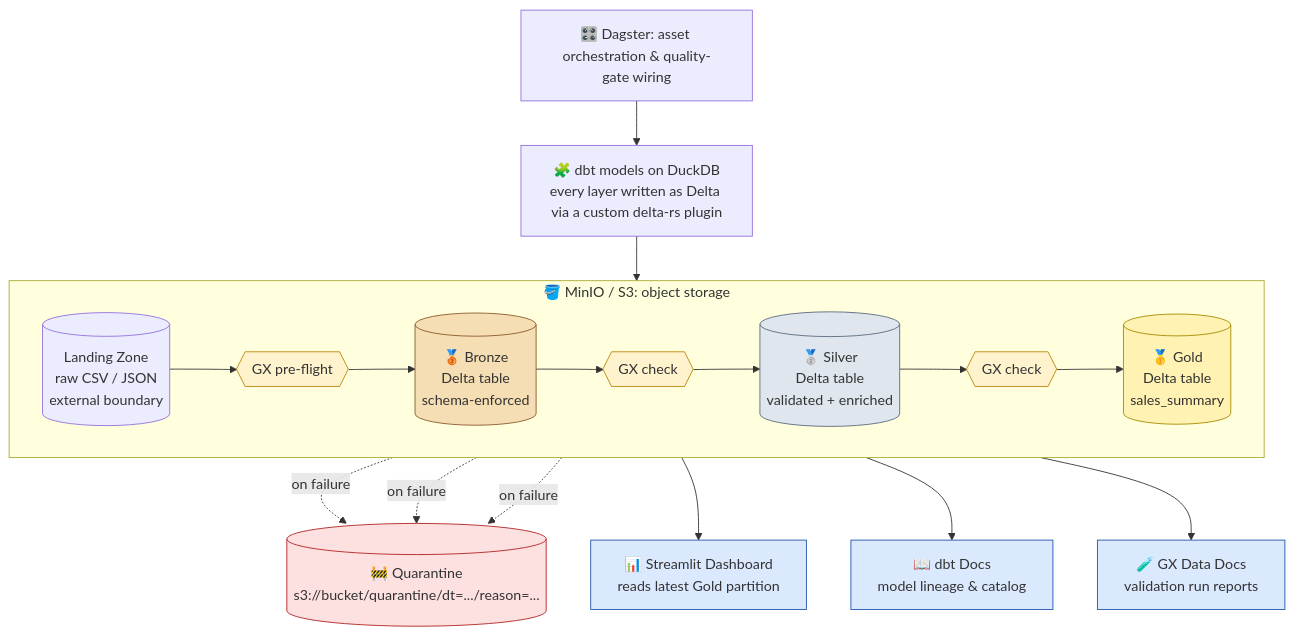
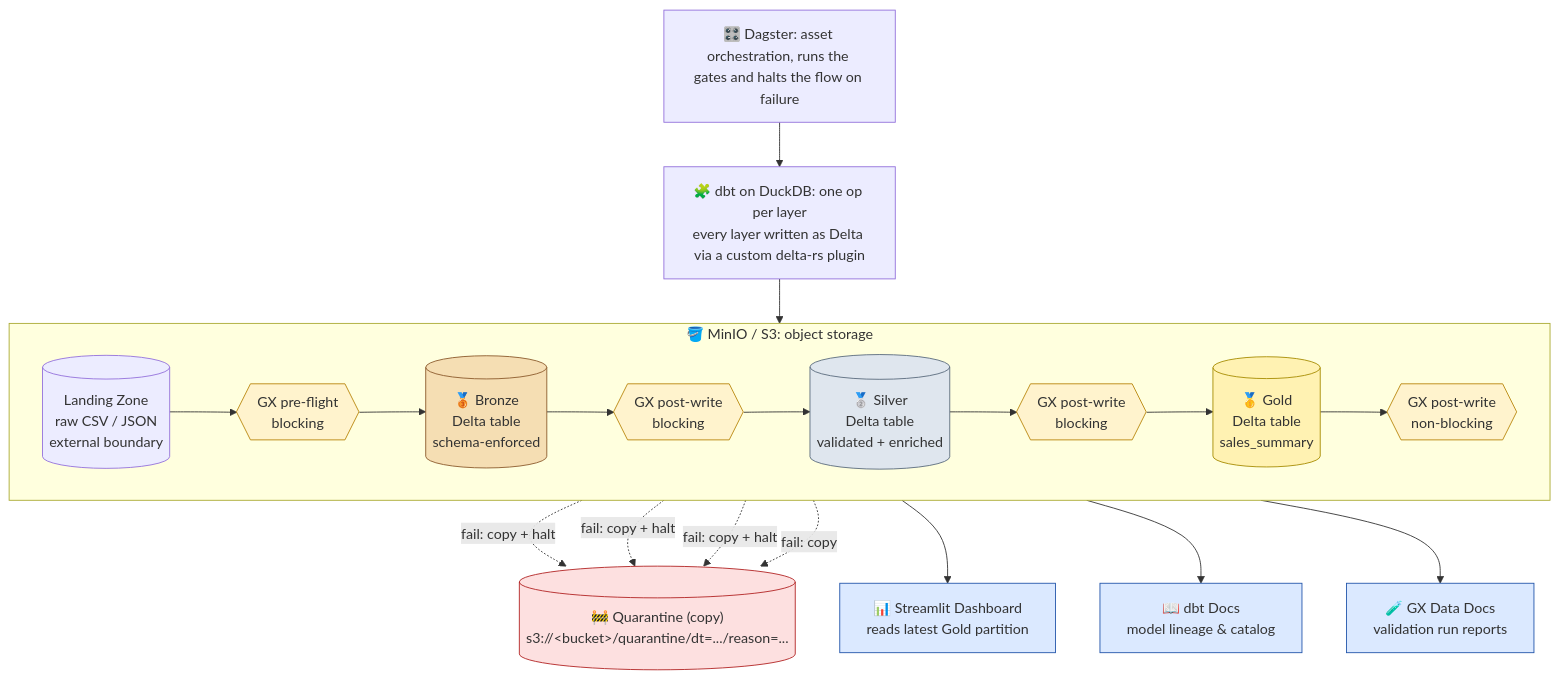
One commit to Anoterrr/PureFlow changed the diagram in README.md. Above: the diagram before and after it, drawn with Mermaid. The commit also changed other lines of this file and 31 other files, not shown here.

````diff
--- a/README.md
+++ b/README.md
@@ -139,43 +153,45 @@
 ```mermaid
 flowchart TD
-    DAGSTER["🎛️ Dagster: asset orchestration & quality-gate wiring"]
-    DBT["🧩 dbt models on DuckDB<br/>every layer written as Delta via a custom delta-rs plugin"]
+    DAGSTER["🎛️ Dagster: asset orchestration, runs the gates and halts the flow on failure"]
+    DBT["🧩 dbt on DuckDB: one op per layer<br/>every layer written as Delta via a custom delta-rs plugin"]
 
     DAGSTER --> DBT --> LAND
 
     subgraph S3["🪣 MinIO / S3: object storage"]
         direction LR
         LAND[("Landing Zone<br/>raw CSV / JSON<br/>external boundary")]
-        GXPRE{{"GX pre-flight"}}
+        GXPRE{{"GX pre-flight<br/>blocking"}}
         BRONZE[("🥉 Bronze<br/>Delta table<br/>schema-enforced")]
-        GXB{{"GX check"}}
+        GXB{{"GX post-write<br/>blocking"}}
         SILVER[("🥈 Silver<br/>Delta table<br/>validated + enriched")]
-        GXS{{"GX check"}}
+        GXS{{"GX post-write<br/>blocking"}}
         GOLD[("🥇 Gold<br/>Delta table<br/>sales_summary")]
+        GXG{{"GX post-write<br/>non-blocking"}}
 
-        LAND --> GXPRE --> BRONZE --> GXB --> SILVER --> GXS --> GOLD
+        LAND --> GXPRE --> BRONZE --> GXB --> SILVER --> GXS --> GOLD --> GXG
     end
 
-    QUARANTINE[("🚧 Quarantine<br/>s3://bucket/quarantine/dt=.../reason=...")]
-    GXPRE -. on failure .-> QUARANTINE
-    GXB -. on failure .-> QUARANTINE
-    GXS -. on failure .-> QUARANTINE
+    QUARANTINE[("🚧 Quarantine (copy)<br/>s3://&lt;bucket&gt;/quarantine/dt=.../reason=...")]
+    GXPRE -. fail: copy + halt .-> QUARANTINE
+    GXB -. fail: copy + halt .-> QUARANTINE
+    GXS -. fail: copy + halt .-> QUARANTINE
+    GXG -. fail: copy .-> QUARANTINE
 
     GOLD --> STREAMLIT["📊 Streamlit Dashboard<br/>reads latest Gold partition"]
     GOLD --> DBTDOCS["📖 dbt Docs<br/>model lineage & catalog"]
     GOLD --> GXDOCS["🧪 GX Data Docs<br/>validation run reports"]
 
     classDef gate fill:#fff3cd,stroke:#b8860b,color:#333;
     classDef bronze fill:#f5deb3,stroke:#8b5a2b,color:#333;
     classDef silver fill:#dfe6ee,stroke:#5a6b7d,color:#333;
     classDef gold fill:#fff2b2,stroke:#a68b00,color:#333;
     classDef quarantine fill:#fde0e0,stroke:#b22222,color:#333;
     classDef outputs fill:#dbe9ff,stroke:#2255aa,color:#333;
 
-    class GXPRE,GXB,GXS gate;
+    class GXPRE,GXB,GXS,GXG gate;
     class BRONZE bronze;
     class SILVER silver;
     class GOLD gold;
     class QUARANTINE quarantine;
     class STREAMLIT,DBTDOCS,GXDOCS outputs;
 ```
````
